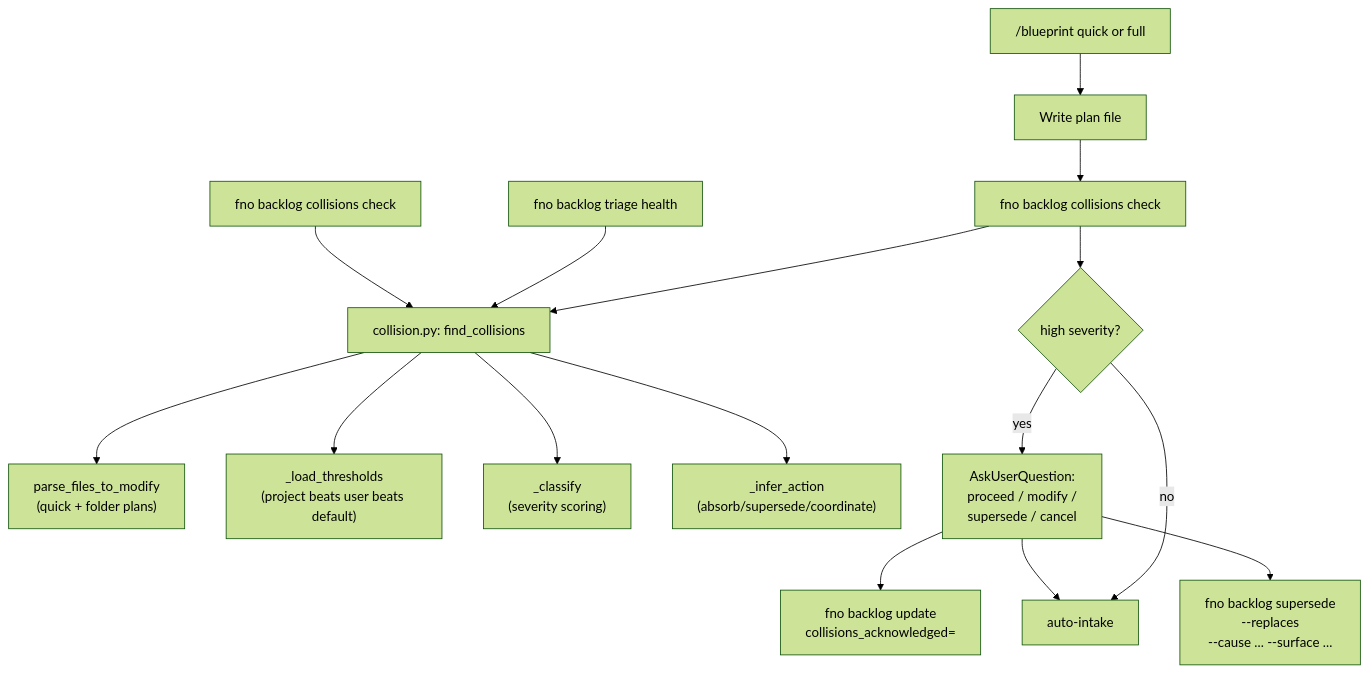
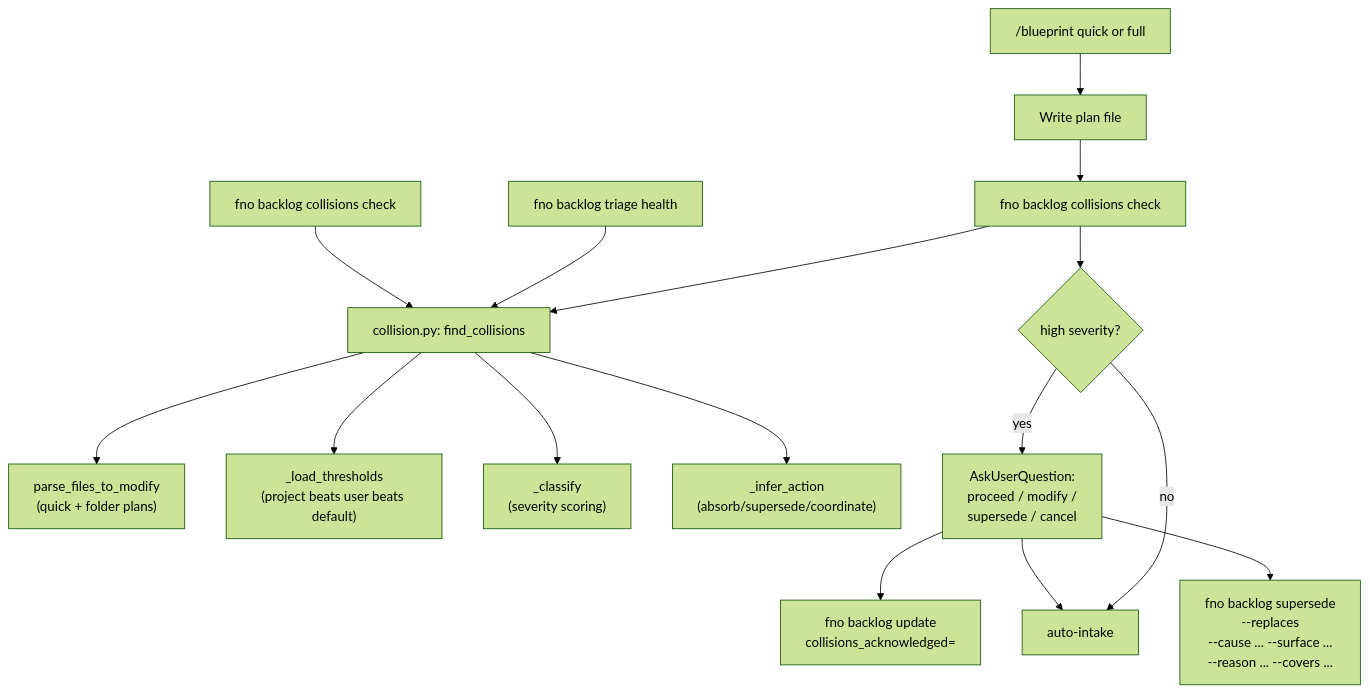
Before and after one commit to bllshttng/fno: the diagram in docs/architecture/graph-collision-detection.md, drawn with Mermaid (forest theme). The commit also changed 18 other files, not shown here.

First line of the commit message:
feat(backlog): supersede records a reason and refuses a narrower successor

````diff
--- a/docs/architecture/graph-collision-detection.md
+++ b/docs/architecture/graph-collision-detection.md
@@ -36,21 +36,21 @@
 ```mermaid
 graph TD
     SPEC["/blueprint quick or full"] --> WRITE["Write plan file"]
     WRITE --> CHECK["fno backlog collisions check"]
     CHECK --> COL["collision.py: find_collisions"]
 
     HEALTH["fno backlog triage health"] --> COL
     DIRECT["fno backlog collisions check"] --> COL
 
     COL --> PARSE["parse_files_to_modify\n(quick + folder plans)"]
     COL --> THRESH["_load_thresholds\n(project beats user beats default)"]
     COL --> CLASSIFY["_classify\n(severity scoring)"]
     COL --> ACTION["_infer_action\n(absorb/supersede/coordinate)"]
 
     CHECK --> ASK{"high severity?"}
     ASK -->|no| ADOPT["auto-intake"]
     ASK -->|yes| OPTIONS["AskUserQuestion:\nproceed / modify /\nsupersede / cancel"]
     OPTIONS --> ACK["fno backlog update\ncollisions_acknowledged=<ids>"]
-    OPTIONS --> SUP["fno backlog supersede\n<new> --replaces <old>\n--cause ... --surface ..."]
+    OPTIONS --> SUP["fno backlog supersede\n<new> --replaces <old>\n--cause ... --surface ...\n--reason ... --covers ..."]
     OPTIONS --> ADOPT
 ```
````
